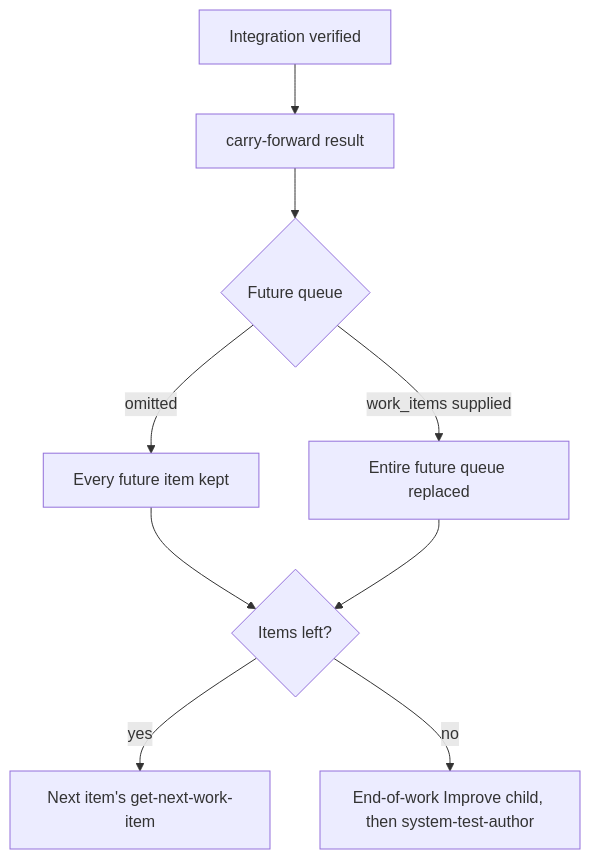
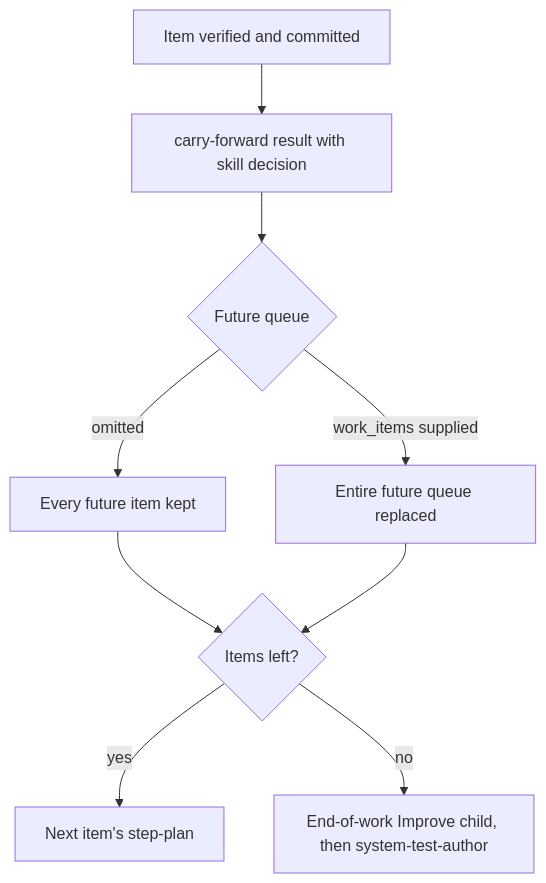
Before and after one commit to whichguy/skill-craft: the diagram in skills/shiploop/references/carry-forward.md, drawn with Mermaid. The commit also changed other lines of this file and 80 other files, not shown here.

````diff
--- a/skills/shiploop/references/carry-forward.md
+++ b/skills/shiploop/references/carry-forward.md
@@ -9,11 +11,11 @@
 ```mermaid
 flowchart TD
-    V[Integration verified] --> C[carry-forward result]
+    V[Item verified and committed] --> C[carry-forward result with skill decision]
     C --> Q{Future queue}
     Q -->|omitted| K[Every future item kept]
     Q -->|work_items supplied| R[Entire future queue replaced]
     K --> N{Items left?}
     R --> N
-    N -->|yes| S[Next item's get-next-work-item]
+    N -->|yes| S[Next item's step-plan]
     N -->|no| I[End-of-work Improve child, then system-test-author]
 ```
````
